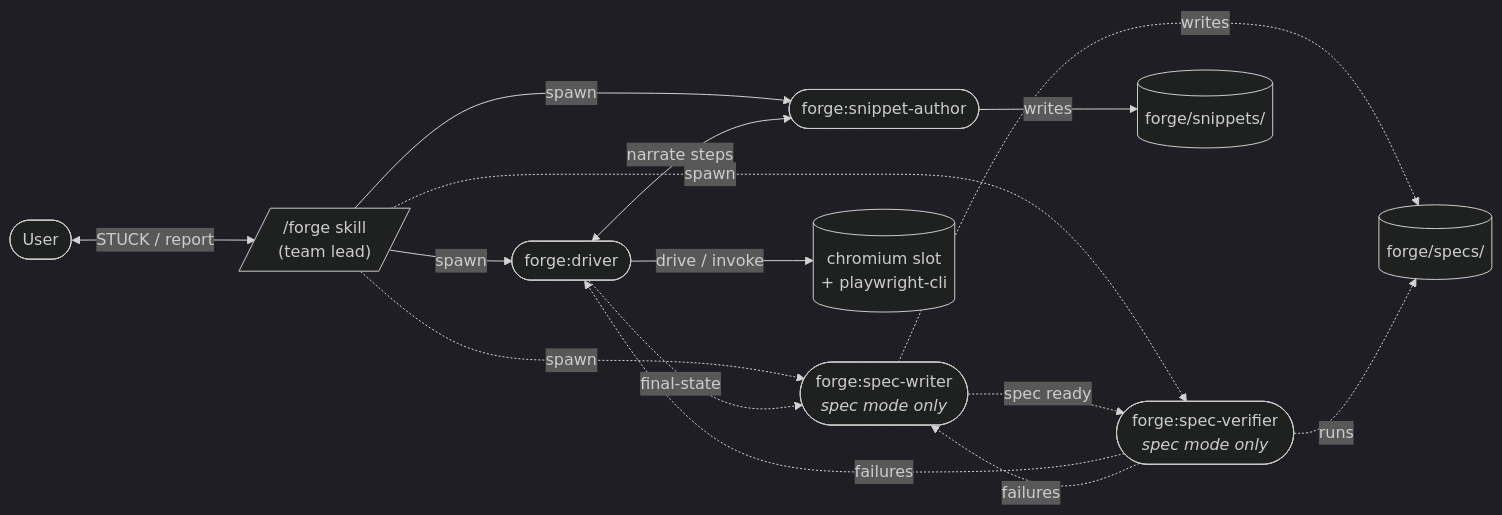
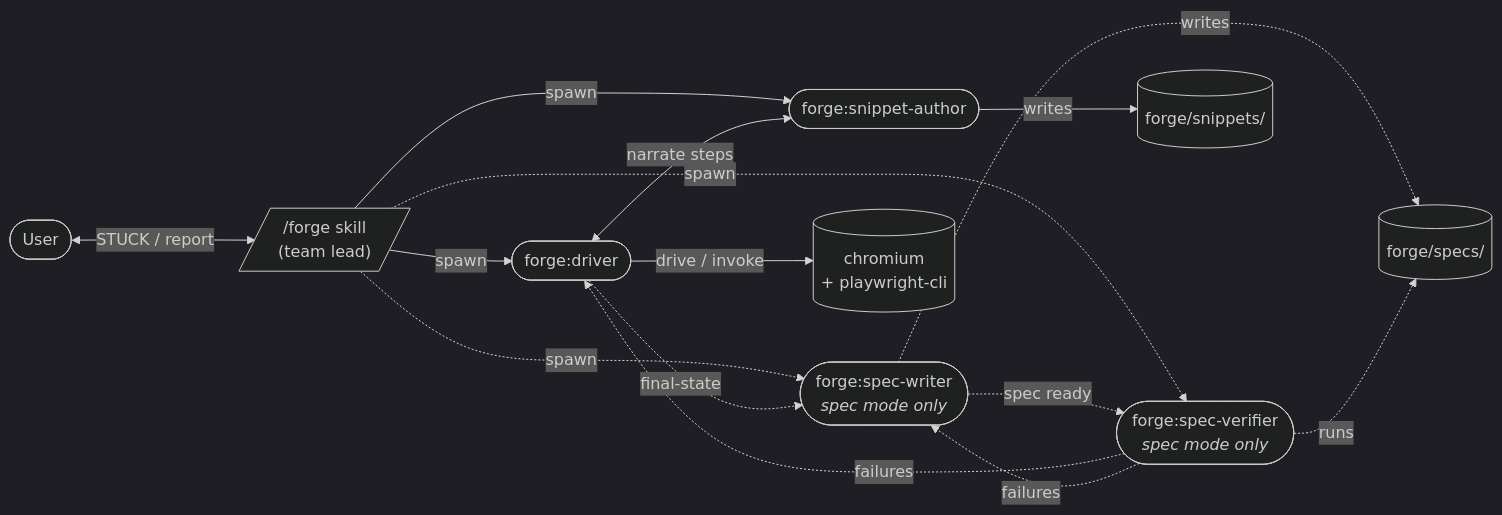
Before and after one commit to vivecuervo7/forge: the diagram in README.md, drawn with Mermaid (dark theme). The commit also changed other lines of this file and 20 other files, not shown here.

````diff
--- a/README.md
+++ b/README.md
@@ -84,29 +84,29 @@
 ```mermaid
 flowchart LR
     User([User])
     Lead[/"/forge skill<br/>(team lead)"/]
     Driver(["forge:driver"])
     Author(["forge:snippet-author"])
     Writer(["forge:spec-writer<br/><i>spec mode only</i>"])
     Verifier(["forge:spec-verifier<br/><i>spec mode only</i>"])
-    Slot[("chromium slot<br/>+ playwright-cli")]
+    Chrome[("chromium<br/>+ playwright-cli")]
     Snippets[("forge/snippets/")]
     Specs[("forge/specs/")]
 
     User <-->|"STUCK / report"| Lead
     Lead -->|spawn| Driver
     Lead -->|spawn| Author
     Lead -.->|spawn| Writer
     Lead -.->|spawn| Verifier
 
     Driver <-->|"narrate steps"| Author
     Driver -.->|"final-state"| Writer
     Writer -.->|"spec ready"| Verifier
     Verifier -.->|"failures"| Driver
     Verifier -.->|"failures"| Writer
 
-    Driver -->|"drive / invoke"| Slot
+    Driver -->|"drive / invoke"| Chrome
     Author -->|writes| Snippets
     Writer -.->|writes| Specs
     Verifier -.->|runs| Specs
 ```
````
